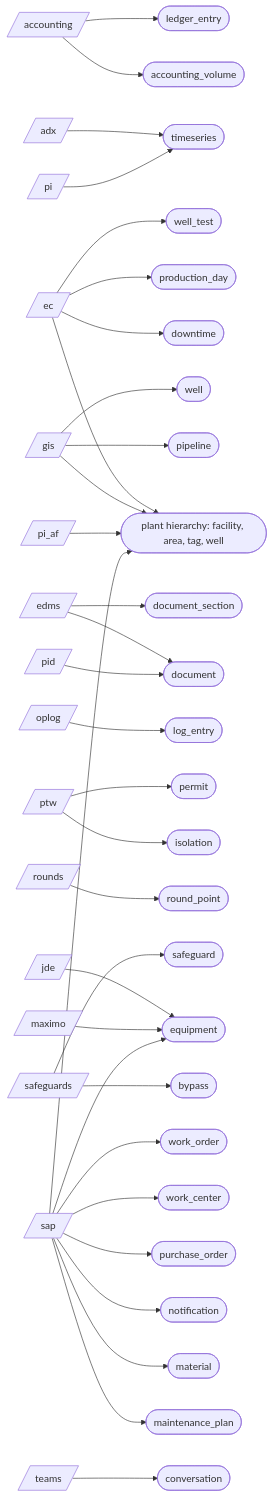
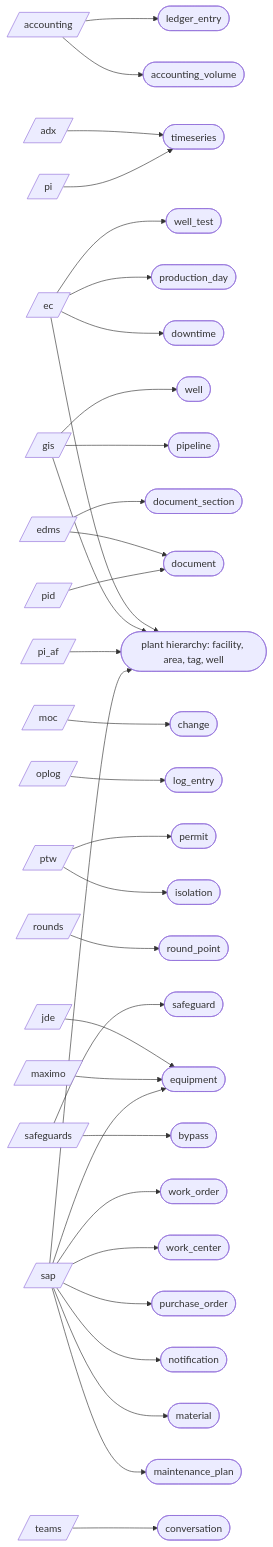
The second of 3 diagrams in docs/architecture.md (areed145/fuzer), drawn with Mermaid before and after one commit. The commit also changed 13 other files, not shown here.

````diff
--- a/docs/architecture.md
+++ b/docs/architecture.md
@@ -79,76 +79,79 @@
 ```mermaid
 flowchart LR
   src_accounting[/"accounting"/]
   src_adx[/"adx"/]
   src_ec[/"ec"/]
   src_edms[/"edms"/]
   src_gis[/"gis"/]
   src_jde[/"jde"/]
   src_maximo[/"maximo"/]
+  src_moc[/"moc"/]
   src_oplog[/"oplog"/]
   src_pi[/"pi"/]
   src_pi_af[/"pi_af"/]
   src_pid[/"pid"/]
   src_ptw[/"ptw"/]
   src_rounds[/"rounds"/]
   src_safeguards[/"safeguards"/]
   src_sap[/"sap"/]
   src_teams[/"teams"/]
   kind_accounting_volume(["accounting_volume"])
   kind_bypass(["bypass"])
+  kind_change(["change"])
   kind_conversation(["conversation"])
   kind_document(["document"])
   kind_document_section(["document_section"])
   kind_downtime(["downtime"])
   kind_equipment(["equipment"])
   kind_isolation(["isolation"])
   kind_ledger_entry(["ledger_entry"])
   kind_log_entry(["log_entry"])
   kind_maintenance_plan(["maintenance_plan"])
   kind_material(["material"])
   kind_notification(["notification"])
   kind_permit(["permit"])
   kind_pipeline(["pipeline"])
   kind_plant_hierarchy__facility__area__tag__well(["plant hierarchy: facility, area, tag, well"])
   kind_production_day(["production_day"])
   kind_purchase_order(["purchase_order"])
   kind_round_point(["round_point"])
   kind_safeguard(["safeguard"])
   kind_timeseries(["timeseries"])
   kind_well(["well"])
   kind_well_test(["well_test"])
   kind_work_center(["work_center"])
   kind_work_order(["work_order"])
   src_accounting --> kind_accounting_volume
   src_accounting --> kind_ledger_entry
   src_adx --> kind_timeseries
   src_ec --> kind_downtime
   src_ec --> kind_plant_hierarchy__facility__area__tag__well
   src_ec --> kind_production_day
   src_ec --> kind_well_test
   src_edms --> kind_document
   src_edms --> kind_document_section
   src_gis --> kind_pipeline
   src_gis --> kind_plant_hierarchy__facility__area__tag__well
   src_gis --> kind_well
   src_jde --> kind_equipment
   src_maximo --> kind_equipment
+  src_moc --> kind_change
   src_oplog --> kind_log_entry
   src_pi --> kind_timeseries
   src_pi_af --> kind_plant_hierarchy__facility__area__tag__well
   src_pid --> kind_document
   src_ptw --> kind_isolation
   src_ptw --> kind_permit
   src_rounds --> kind_round_point
   src_safeguards --> kind_bypass
   src_safeguards --> kind_safeguard
   src_sap --> kind_equipment
   src_sap --> kind_maintenance_plan
   src_sap --> kind_material
   src_sap --> kind_notification
   src_sap --> kind_plant_hierarchy__facility__area__tag__well
   src_sap --> kind_purchase_order
   src_sap --> kind_work_center
   src_sap --> kind_work_order
   src_teams --> kind_conversation
 ```
````
